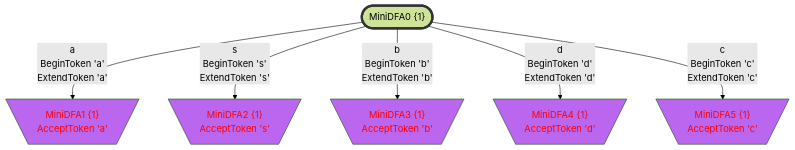
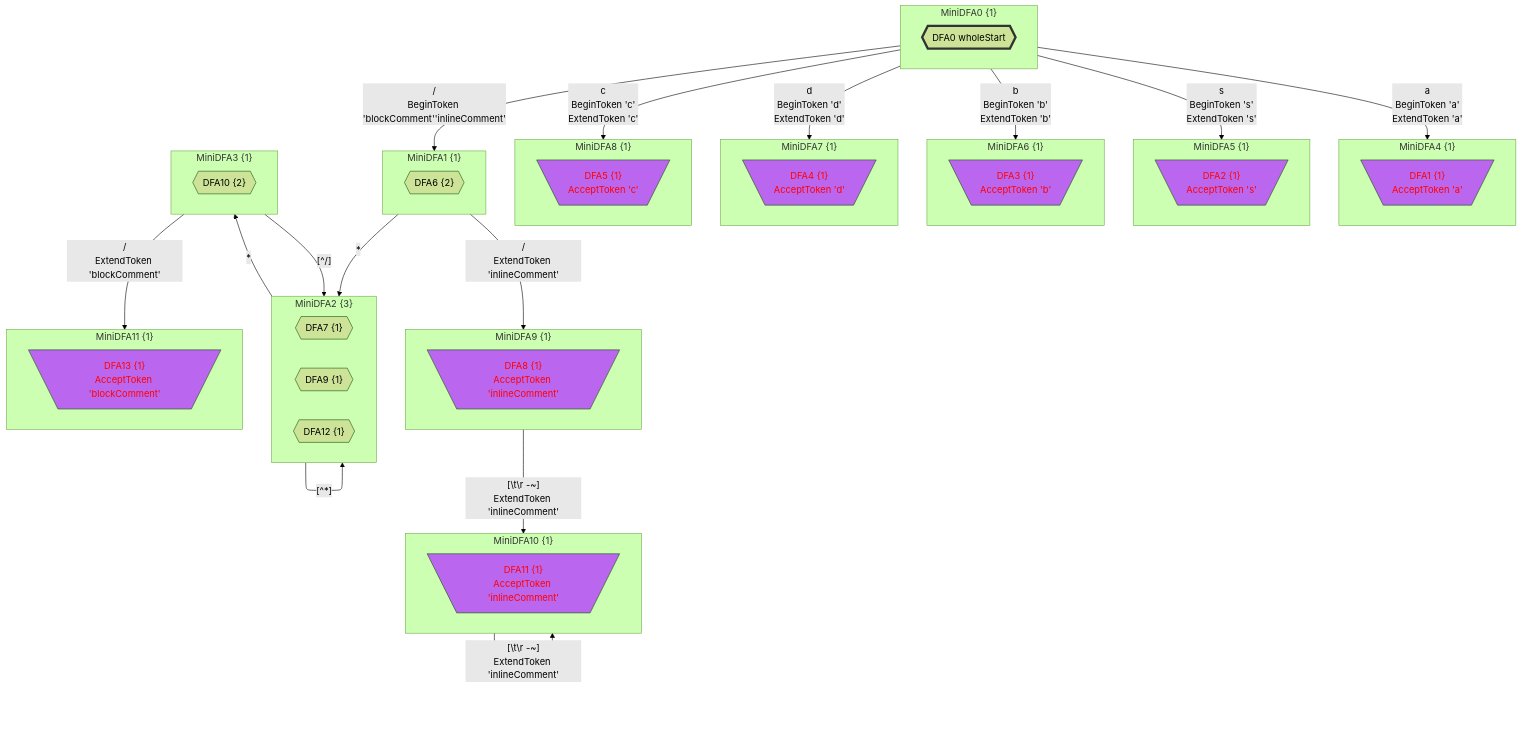
One commit to bitzhuwei/GrammarMentor changed diagram 20 of 21 in Practices/Practice.GeneratedXxxFormat.Test/GeneratedSAB/LexicalAnalyzer/README.gen.md. Above: the diagram before and after it, drawn with Mermaid (forest theme). The commit also changed other lines of this file and 3868 other files, not shown here.

````diff
--- a/Practices/Practice.GeneratedXxxFormat.Test/GeneratedSAB/LexicalAnalyzer/README.gen.md
+++ b/Practices/Practice.GeneratedXxxFormat.Test/GeneratedSAB/LexicalAnalyzer/README.gen.md
@@ -958,37 +1423,98 @@
 classDef c1101 stroke:#333,stroke-width:4px,fill:#BB66EE,color:#FF0000;
 classDef c1110 stroke:#333,stroke-width:4px,fill:#BB66EE,stroke-dasharray: 10 10;
 classDef c1111 stroke:#333,stroke-width:4px,fill:#BB66EE,stroke-dasharray: 10 10,color:#FF0000;
-MiniDFA0_1624780686(["MiniDFA0 {1}"])
-class MiniDFA0_1624780686 c1000;
-MiniDFA1_-194746031[\"MiniDFA1 {1}
+subgraph MiniDFA0_266130706["MiniDFA0 {1}"]
+DFA0_-2011742570_0{{"DFA0 wholeStart"}}
+class DFA0_-2011742570_0 c1000;
+end
+class MiniDFA0_266130706 c1000;
+subgraph MiniDFA4_1173141555["MiniDFA4 {1}"]
+DFA1_965118415_1[\"DFA1 {1}
 AcceptToken 'a'"/]
-class MiniDFA1_-194746031 c0101;
-MiniDFA2_1371428703[\"MiniDFA2 {1}
+class DFA1_965118415_1 c0101;
+end
+class MiniDFA4_1173141555 c0101;
+subgraph MiniDFA5_1460028246["MiniDFA5 {1}"]
+DFA2_-1841752797_2[\"DFA2 {1}
 AcceptToken 's'"/]
-class MiniDFA2_1371428703 c0101;
-MiniDFA3_-2016048439[\"MiniDFA3 {1}
+class DFA2_-1841752797_2 c0101;
+end
+class MiniDFA5_1460028246 c0101;
+subgraph MiniDFA6_-2120954286["MiniDFA6 {1}"]
+DFA3_1913146111_3[\"DFA3 {1}
 AcceptToken 'b'"/]
-class MiniDFA3_-2016048439 c0101;
-MiniDFA4_-7959560[\"MiniDFA4 {1}
+class DFA3_1913146111_3 c0101;
+end
+class MiniDFA6_-2120954286 c0101;
+subgraph MiniDFA7_-329204845["MiniDFA7 {1}"]
+DFA4_1623093623_4[\"DFA4 {1}
 AcceptToken 'd'"/]
-class MiniDFA4_-7959560 c0101;
-MiniDFA5_1506712241[\"MiniDFA5 {1}
+class DFA4_1623093623_4 c0101;
+end
+class MiniDFA7_-329204845 c0101;
+subgraph MiniDFA8_2134578056["MiniDFA8 {1}"]
+DFA5_1525692439_5[\"DFA5 {1}
 AcceptToken 'c'"/]
-class MiniDFA5_1506712241 c0101;
-MiniDFA0_1624780686 -->|"a
+class DFA5_1525692439_5 c0101;
+end
+class MiniDFA8_2134578056 c0101;
+subgraph MiniDFA1_1733509379["MiniDFA1 {1}"]
+DFA6_1862687141_6{{"DFA6 {2}"}}
+end
+subgraph MiniDFA2_-340209735["MiniDFA2 {3}"]
+DFA7_1742648909_7{{"DFA7 {1}"}}
+DFA9_-354726560_8{{"DFA9 {1}"}}
+DFA12_-1735644823_9{{"DFA12 {1}"}}
+end
+subgraph MiniDFA9_52617251["MiniDFA9 {1}"]
+DFA8_-988443997_10[\"DFA8 {1}
+AcceptToken 'inlineComment'"/]
+class DFA8_-988443997_10 c0101;
+end
+class MiniDFA9_52617251 c0101;
+subgraph MiniDFA3_736710712["MiniDFA3 {1}"]
+DFA10_323920158_11{{"DFA10 {2}"}}
+end
+subgraph MiniDFA10_1666738974["MiniDFA10 {1}"]
+DFA11_-378200846_12[\"DFA11 {1}
+AcceptToken 'inlineComment'"/]
+class DFA11_-378200846_12 c0101;
+end
+class MiniDFA10_1666738974 c0101;
+subgraph MiniDFA11_821581297["MiniDFA11 {1}"]
+DFA13_1233218362_13[\"DFA13 {1}
+AcceptToken 'blockComment'"/]
+class DFA13_1233218362_13 c0101;
+end
+class MiniDFA11_821581297 c0101;
+MiniDFA0_266130706 -->|"a
 BeginToken 'a'
-ExtendToken 'a'"|MiniDFA1_-194746031
-MiniDFA0_1624780686 -->|"s
+ExtendToken 'a'"|MiniDFA4_1173141555
+MiniDFA0_266130706 -->|"s
 BeginToken 's'
-ExtendToken 's'"|MiniDFA2_1371428703
-MiniDFA0_1624780686 -->|"b
+ExtendToken 's'"|MiniDFA5_1460028246
+MiniDFA0_266130706 -->|"b
 BeginToken 'b'
-ExtendToken 'b'"|MiniDFA3_-2016048439
-MiniDFA0_1624780686 -->|"d
+ExtendToken 'b'"|MiniDFA6_-2120954286
+MiniDFA0_266130706 -->|"d
 BeginToken 'd'
-ExtendToken 'd'"|MiniDFA4_-7959560
-MiniDFA0_1624780686 -->|"c
+ExtendToken 'd'"|MiniDFA7_-329204845
+MiniDFA0_266130706 -->|"c
 BeginToken 'c'
-ExtendToken 'c'"|MiniDFA5_1506712241
+ExtendToken 'c'"|MiniDFA8_2134578056
+MiniDFA0_266130706 -->|"/
+BeginToken 'blockComment''inlineComment'"|MiniDFA1_1733509379
+MiniDFA1_1733509379 -->|"*"|MiniDFA2_-340209735
+MiniDFA1_1733509379 -->|"/
+ExtendToken 'inlineComment'"|MiniDFA9_52617251
+MiniDFA2_-340209735 -->|"[^*]"|MiniDFA2_-340209735
+MiniDFA2_-340209735 -->|"*"|MiniDFA3_736710712
+MiniDFA9_52617251 -->|"[#92;t#92;r#32;-~]
+ExtendToken 'inlineComment'"|MiniDFA10_1666738974
+MiniDFA3_736710712 -->|"[^/]"|MiniDFA2_-340209735
+MiniDFA3_736710712 -->|"/
+ExtendToken 'blockComment'"|MiniDFA11_821581297
+MiniDFA10_1666738974 -->|"[#92;t#92;r#32;-~]
+ExtendToken 'inlineComment'"|MiniDFA10_1666738974
 
 ```
````
